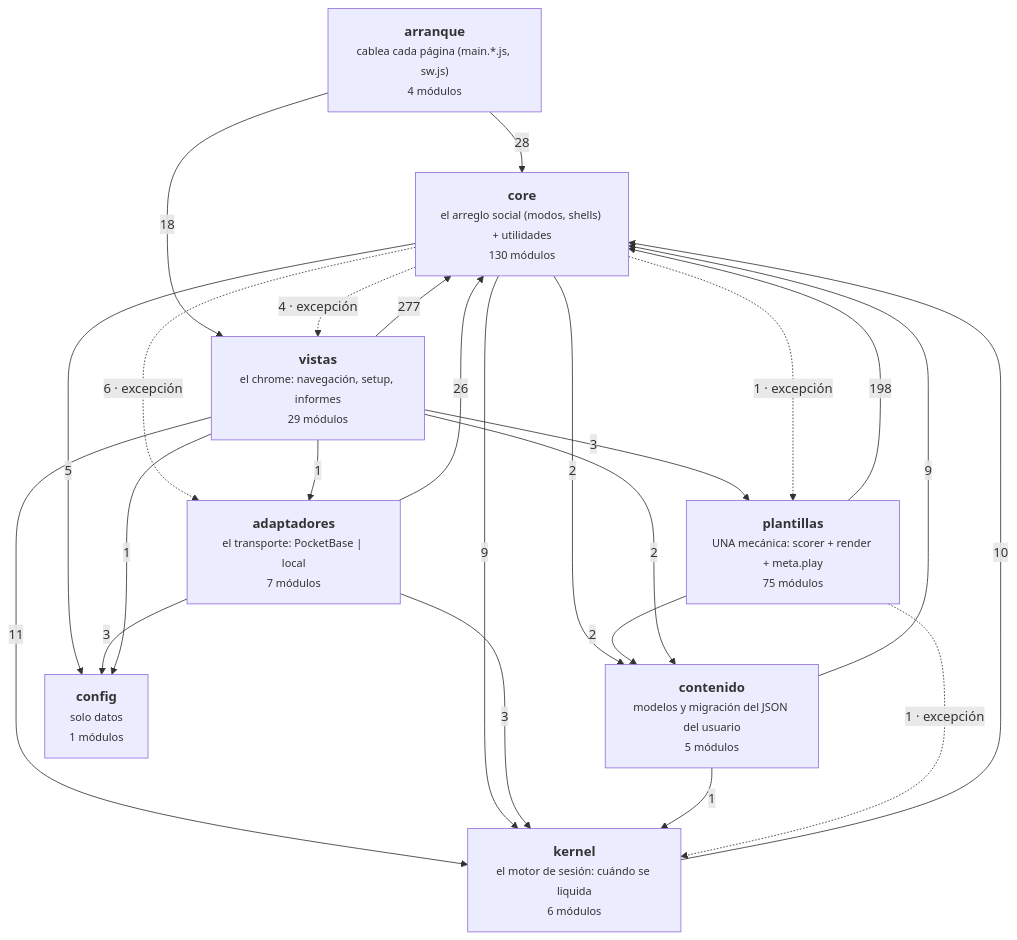
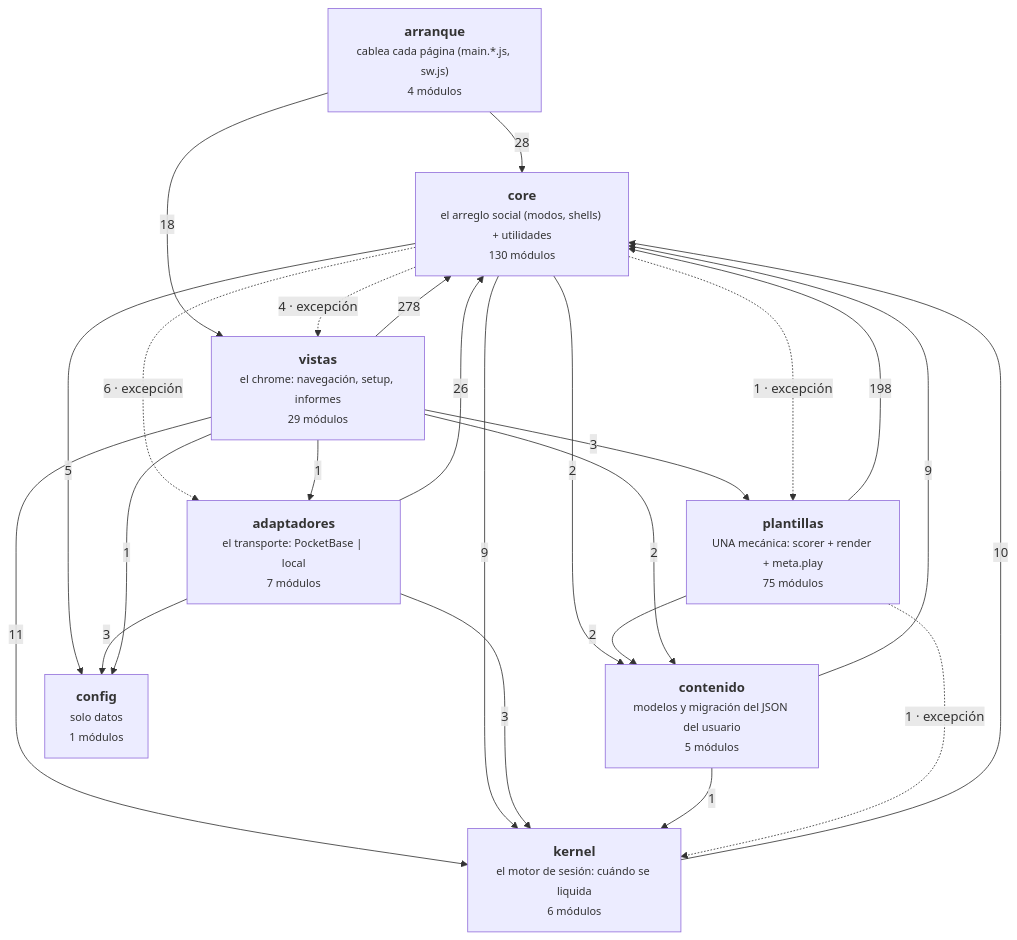
One commit to duecaz/ac changed the diagram in docs/arquitectura-modulos.md. Above: the diagram before and after it, drawn with Mermaid. The commit also changed other lines of this file and 12 other files, not shown here.

````diff
--- a/docs/arquitectura-modulos.md
+++ b/docs/arquitectura-modulos.md
@@ -56,34 +56,34 @@
 ```mermaid
 graph TD
   A["<b>arranque</b><br/><small>cablea cada página (main.*.js, sw.js)</small><br/><small>4 módulos</small>"]
   V["<b>vistas</b><br/><small>el chrome: navegación, setup, informes</small><br/><small>29 módulos</small>"]
   AD["<b>adaptadores</b><br/><small>el transporte: PocketBase | local</small><br/><small>7 módulos</small>"]
   C["<b>core</b><br/><small>el arreglo social (modos, shells) + utilidades</small><br/><small>130 módulos</small>"]
   K["<b>kernel</b><br/><small>el motor de sesión: cuándo se liquida</small><br/><small>6 módulos</small>"]
   T["<b>plantillas</b><br/><small>UNA mecánica: scorer + render + meta.play</small><br/><small>75 módulos</small>"]
   CO["<b>contenido</b><br/><small>modelos y migración del JSON del usuario</small><br/><small>5 módulos</small>"]
   CF["<b>config</b><br/><small>solo datos</small><br/><small>1 módulos</small>"]
-  V -->|277| C
+  V -->|278| C
   T -->|198| C
   A -->|28| C
   AD -->|26| C
   A -->|18| V
   V -->|11| K
   K -->|10| C
   C -->|9| K
   CO -->|9| C
   C -.->|6 · excepción| AD
   C -->|5| CF
   C -.->|4 · excepción| V
   AD -->|3| CF
   AD -->|3| K
   V -->|3| T
   C -->|2| CO
   T -->|2| CO
   V -->|2| CO
   C -.->|1 · excepción| T
   CO -->|1| K
   T -.->|1 · excepción| K
   V -->|1| AD
   V -->|1| CF
 ```
````
